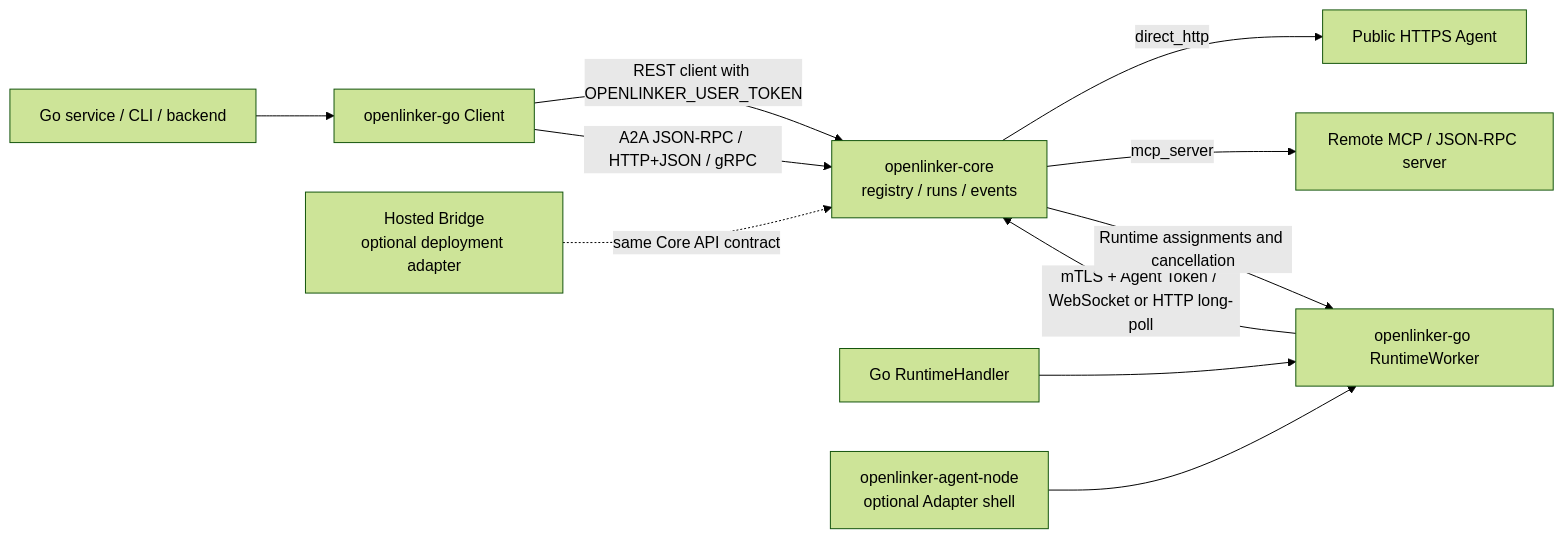
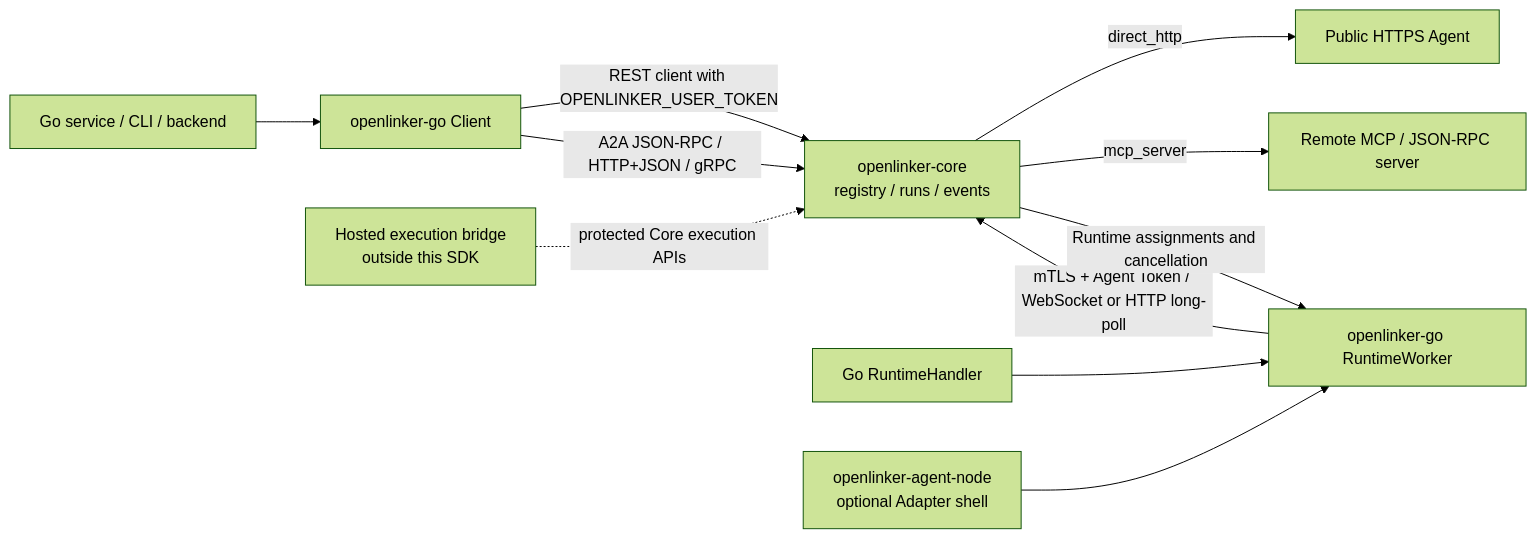
One commit to OpenLinker-ai/openlinker-go changed the diagram in README.md. Above: the diagram before and after it, drawn with Mermaid (forest theme). The commit also changed other lines of this file and 3 other files, not shown here.

Commit message:
docs: clarify SDK and Hosted boundaries

````diff
--- a/README.md
+++ b/README.md
@@ -32,15 +40,15 @@
 ```mermaid
 flowchart LR
   Service["Go service / CLI / backend"] --> ClientSDK["openlinker-go Client"]
   ClientSDK -->|"REST client with OPENLINKER_USER_TOKEN"| Core["openlinker-core<br/>registry / runs / events"]
   ClientSDK -->|"A2A JSON-RPC / HTTP+JSON / gRPC"| Core
   AppHandler["Go RuntimeHandler"] --> RuntimeSDK["openlinker-go RuntimeWorker"]
   AgentNode["openlinker-agent-node<br/>optional Adapter shell"] --> RuntimeSDK
   RuntimeSDK -->|"mTLS + Agent Token / WebSocket or HTTP long-poll"| Core
 
-  HostedBridge["Hosted Bridge<br/>optional deployment adapter"] -.->|"same Core API contract"| Core
+  HostedBridge["Hosted execution bridge<br/>outside this SDK"] -.->|"protected Core execution APIs"| Core
 
   Core -->|"direct_http"| HTTPAgent["Public HTTPS Agent"]
   Core -->|"mcp_server"| MCPAgent["Remote MCP / JSON-RPC server"]
   Core -->|"Runtime assignments and cancellation"| RuntimeSDK
 ```
````
